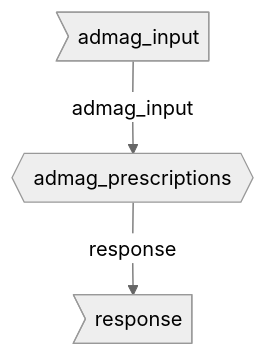
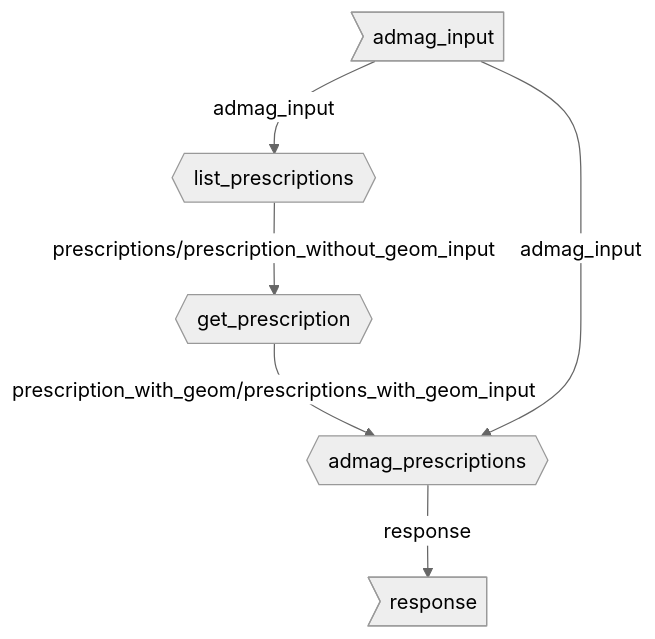
The diagram in docs/source/docfiles/markdown/workflow_yaml/data_ingestion/admag/prescriptions.md (microsoft/farmvibes-ai), drawn with Mermaid (neutral theme) before and after one commit. The commit also changed other lines of this file and 152 other files, not shown here.

````diff
--- a/docs/source/docfiles/markdown/workflow_yaml/data_ingestion/admag/prescriptions.md
+++ b/docs/source/docfiles/markdown/workflow_yaml/data_ingestion/admag/prescriptions.md
@@ -56,8 +5,13 @@
 ```{mermaid}
     graph TD
     inp1>admag_input]
     out1>response]
-    tsk1{{admag_prescriptions}}
-    inp1>admag_input] -- admag_input --> tsk1{{admag_prescriptions}}
-    tsk1{{admag_prescriptions}} -- response --> out1>response]
+    tsk1{{list_prescriptions}}
+    tsk2{{get_prescription}}
+    tsk3{{admag_prescriptions}}
+    tsk1{{list_prescriptions}} -- prescriptions/prescription_without_geom_input --> tsk2{{get_prescription}}
+    tsk2{{get_prescription}} -- prescription_with_geom/prescriptions_with_geom_input --> tsk3{{admag_prescriptions}}
+    inp1>admag_input] -- admag_input --> tsk1{{list_prescriptions}}
+    inp1>admag_input] -- admag_input --> tsk3{{admag_prescriptions}}
+    tsk3{{admag_prescriptions}} -- response --> out1>response]
 ```
````
